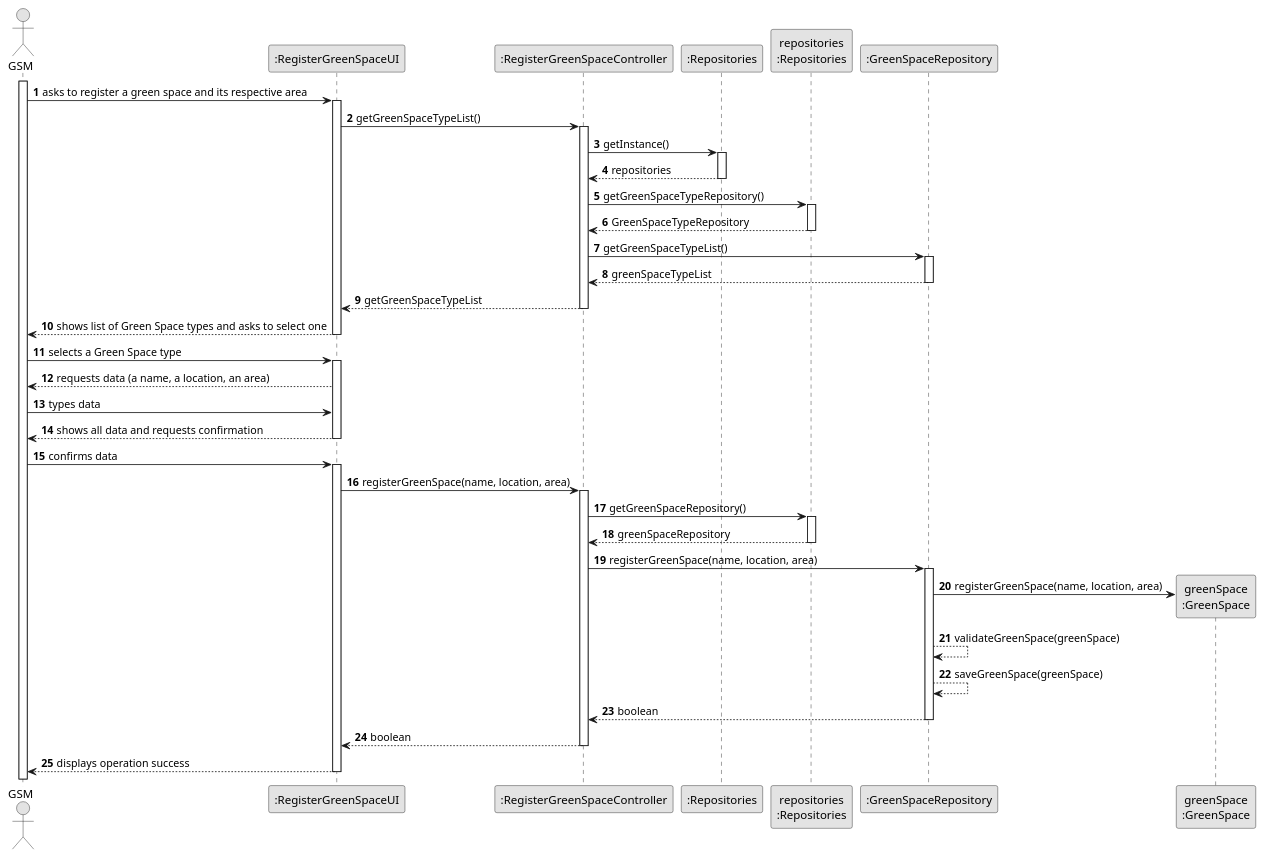
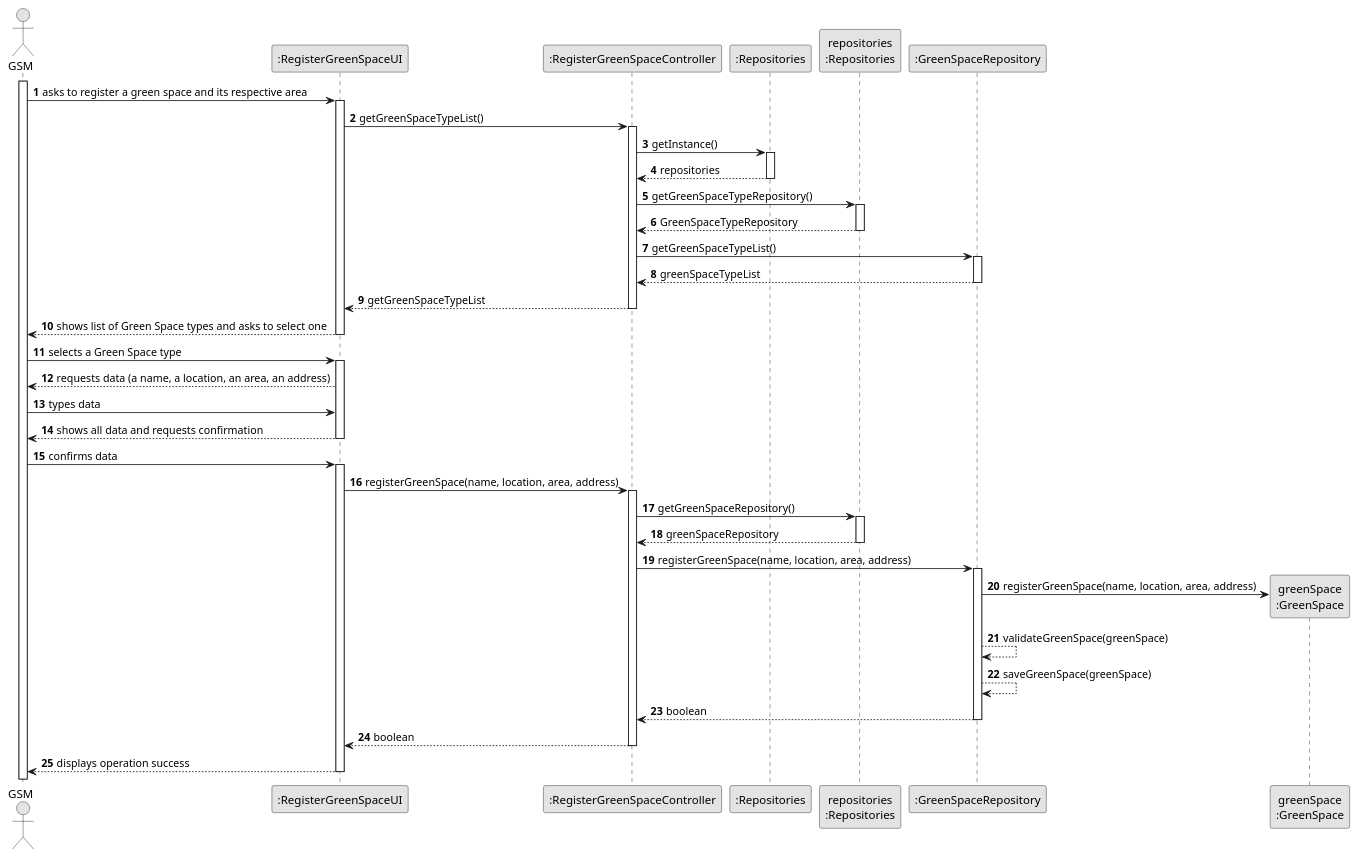
One commit to rpedros02/lei-24-s2-1DL-g08 changed the diagram in docs/sprintC/us020/03.design/puml/us020-sequence-diagram-full.puml. Above: the diagram before and after it, drawn with PlantUML. The commit also changed 15 other files, not shown here.

```diff
--- a/docs/sprintC/us020/03.design/puml/us020-sequence-diagram-full.puml
+++ b/docs/sprintC/us020/03.design/puml/us020-sequence-diagram-full.puml
@@ -1,88 +1,88 @@
 @startuml
 skinparam monochrome true
 skinparam packageStyle rectangle
 skinparam shadowing false
 
 autonumber
 
 'hide footbox
 actor "GSM" as ADM
 participant ":RegisterGreenSpaceUI" as UI
 participant ":RegisterGreenSpaceController" as CTRL
 participant ":Repositories" as RepositorySingleton
 participant "repositories\n:Repositories" as PLAT
 
 participant ":GreenSpaceRepository" as GSR
 participant "greenSpace\n:GreenSpace" as GS
 
 activate ADM
 
     ADM -> UI : asks to register a green space and its respective area
     activate UI
 
             UI -> CTRL : getGreenSpaceTypeList()
             activate CTRL
 
                 CTRL -> RepositorySingleton : getInstance()
                 activate RepositorySingleton
 
                     RepositorySingleton --> CTRL : repositories
                 deactivate RepositorySingleton
 
                 CTRL -> PLAT : getGreenSpaceTypeRepository()
                 activate PLAT
 
                     PLAT --> CTRL : GreenSpaceTypeRepository
                 deactivate PLAT
 
                 CTRL -> GSR : getGreenSpaceTypeList()
                 activate GSR
 
                     GSR --> CTRL : greenSpaceTypeList
                 deactivate GSR
 
                 CTRL --> UI : getGreenSpaceTypeList
             deactivate CTRL
 
             UI --> ADM : shows list of Green Space types and asks to select one
     deactivate UI
 
     ADM -> UI : selects a Green Space type
     activate UI
 
-        UI --> ADM : requests data (a name, a location, an area)
+        UI --> ADM : requests data (a name, a location, an area, an address)
 
     ADM -> UI : types data
 
 
         UI --> ADM : shows all data and requests confirmation
     deactivate UI
 
     ADM -> UI : confirms data
     activate UI
 
-            UI -> CTRL : registerGreenSpace(name, location, area)
+            UI -> CTRL : registerGreenSpace(name, location, area, address)
             activate CTRL
 
                 CTRL -> PLAT : getGreenSpaceRepository()
                 activate PLAT
 
                     PLAT --> CTRL : greenSpaceRepository
                 deactivate PLAT
 
-                CTRL -> GSR : registerGreenSpace(name, location, area)
+                CTRL -> GSR : registerGreenSpace(name, location, area, address)
                 activate GSR
 
-                    GSR -> GS** : registerGreenSpace(name, location, area)
+                    GSR -> GS** : registerGreenSpace(name, location, area, address)
                     GSR --> GSR : validateGreenSpace(greenSpace)
                     GSR --> GSR : saveGreenSpace(greenSpace)
                     GSR --> CTRL : boolean
                 deactivate GSR
 
                 CTRL --> UI : boolean
             deactivate CTRL
         UI --> ADM : displays operation success
 
 deactivate
 
 @enduml
```
